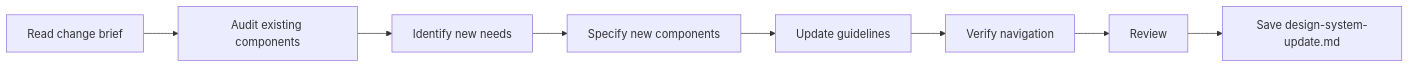
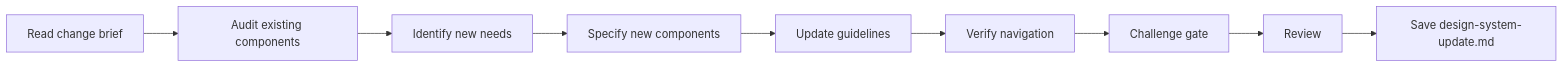
The diagram in skills/design-system-update/SKILL.md (ai-driven-dev/framework), drawn with Mermaid before and after one commit. The commit also changed other lines of this file and 22 other files, not shown here.

````diff
--- a/skills/design-system-update/SKILL.md
+++ b/skills/design-system-update/SKILL.md
@@ -31,4 +32,4 @@
 ```mermaid
 flowchart LR
-    A[Read change brief] --> B[Audit existing components] --> C[Identify new needs] --> D[Specify new components] --> E[Update guidelines] --> F[Verify navigation] --> G[Review] --> H[Save design-system-update.md]
+    A[Read change brief] --> B[Audit existing components] --> C[Identify new needs] --> D[Specify new components] --> E[Update guidelines] --> F[Verify navigation] --> G[Challenge gate] --> H[Review] --> I[Save design-system-update.md]
 ```
````
